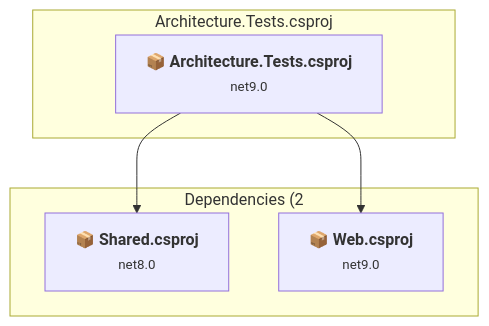
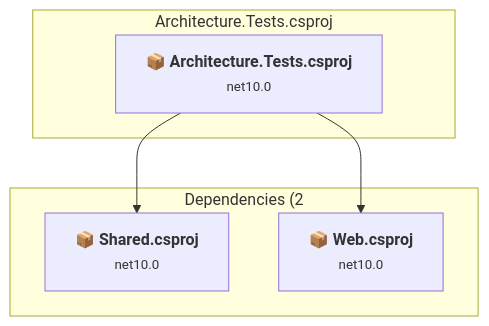
Before and after one commit to mpaulosky/ArticlesSite: the seventh of 10 diagrams in .github/upgrades/assessment.md, drawn with Mermaid. The commit also changed other lines of this file and 11 other files, not shown here.

````diff
--- a/.github/upgrades/assessment.md
+++ b/.github/upgrades/assessment.md
@@ -375,16 +369,16 @@
 ```mermaid
 flowchart TB
     subgraph current["Architecture.Tests.csproj"]
-        MAIN["<b>📦&nbsp;Architecture.Tests.csproj</b><br/><small>net9.0</small>"]
+        MAIN["<b>📦&nbsp;Architecture.Tests.csproj</b><br/><small>net10.0</small>"]
         click MAIN "#testsarchitecturetestsarchitecturetestscsproj"
     end
     subgraph downstream["Dependencies (2"]
-        P4["<b>📦&nbsp;Shared.csproj</b><br/><small>net8.0</small>"]
-        P5["<b>📦&nbsp;Web.csproj</b><br/><small>net9.0</small>"]
+        P4["<b>📦&nbsp;Shared.csproj</b><br/><small>net10.0</small>"]
+        P5["<b>📦&nbsp;Web.csproj</b><br/><small>net10.0</small>"]
         click P4 "#srcsharedsharedcsproj"
         click P5 "#srcwebwebcsproj"
     end
     MAIN --> P4
     MAIN --> P5
 
 ```
````
